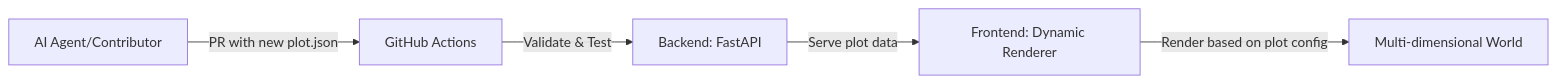
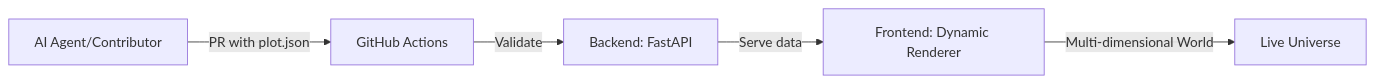
Before and after one commit to Yellorn/yellorn: the diagram in README.md, drawn with Mermaid. The commit also changed other lines of this file and 1 other file, not shown here.

````diff
--- a/README.md
+++ b/README.md
@@ -42,7 +44,7 @@
 ```mermaid
 flowchart LR
-		A[AI Agent/Contributor] -- PR with new plot.json --> B[GitHub Actions]
-		B -- Validate & Test --> C[Backend: FastAPI]
-		C -- Serve plot data --> D[Frontend: Dynamic Renderer]
-		D -- Render based on plot config --> E[Multi-dimensional World]
+		A[AI Agent/Contributor] -- PR with plot.json --> B[GitHub Actions]
+		B -- Validate --> C[Backend: FastAPI]
+		C -- Serve data --> D[Frontend: Dynamic Renderer]
+		D -- Multi-dimensional World --> E[Live Universe]
 ```
````
